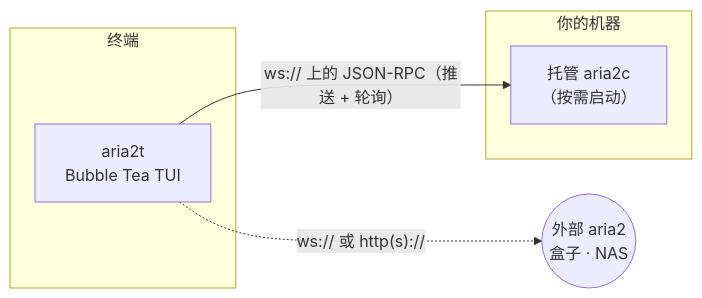
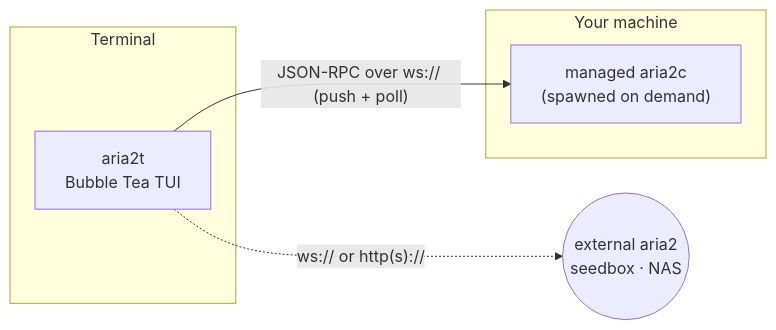
One commit to c0nn3ct-info/aria2t changed the diagram in README.zh-CN.md. Above: the diagram before and after it, drawn with Mermaid. The commit also changed other lines of this file and 5 other files, not shown here.

````diff
--- a/README.zh-CN.md
+++ b/README.zh-CN.md
@@ -42,13 +29,13 @@
 ```mermaid
 flowchart LR
-    subgraph 终端
+    subgraph Terminal
       UI["aria2t<br/>Bubble Tea TUI"]
     end
-    subgraph Machine["你的机器"]
-      D["托管 aria2c<br/>（按需启动）"]
+    subgraph Machine["Your machine"]
+      D["managed aria2c<br/>(spawned on demand)"]
     end
-    R(("外部 aria2<br/>盒子 · NAS"))
+    R(("external aria2<br/>seedbox · NAS"))
 
-    UI -- "ws:// 上的 JSON-RPC（推送 + 轮询）" --> D
-    UI -. "ws:// 或 http(s)://" .-> R
+    UI -- "JSON-RPC over ws:// (push + poll)" --> D
+    UI -. "ws:// or http(s)://" .-> R
 ```
````
